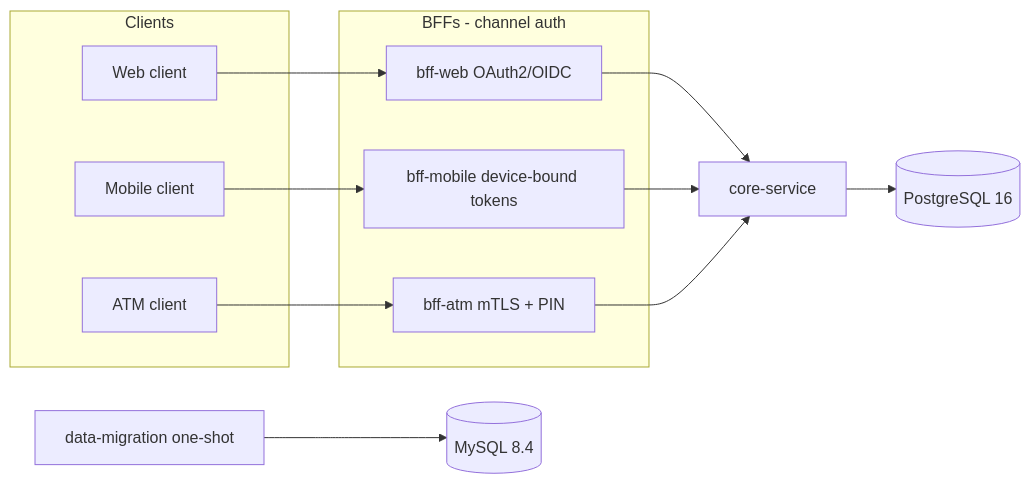
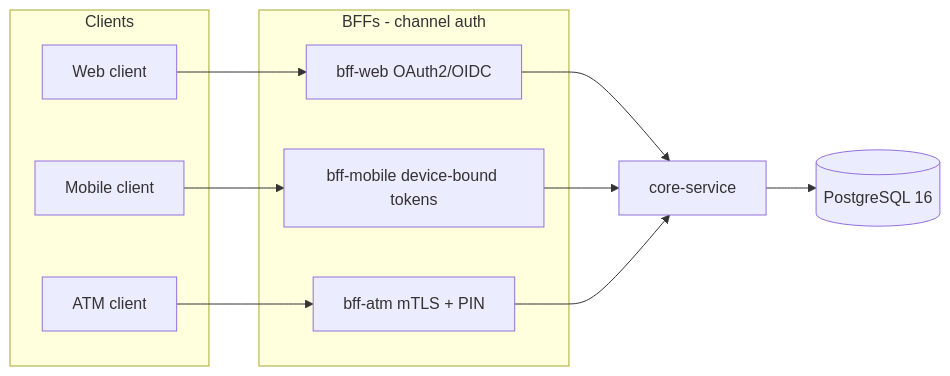
Before and after one commit to L0ncho/xyz_bank_server: the second of 2 diagrams in docs/architecture.md, drawn with Mermaid. The commit also changed other lines of this file and 57 other files, not shown here.

````diff
--- a/docs/architecture.md
+++ b/docs/architecture.md
@@ -42,28 +39,25 @@
 ```mermaid
 flowchart LR
   subgraph clients [Clients]
     WebClient[Web client]
     MobileClient[Mobile client]
     AtmClient[ATM client]
   end
 
   subgraph bffs [BFFs - channel auth]
     BffWeb[bff-web OAuth2/OIDC]
     BffMobile[bff-mobile device-bound tokens]
     BffAtm[bff-atm mTLS + PIN]
   end
 
   CoreService[core-service]
   Postgres[(PostgreSQL 16)]
-  MySQL[(MySQL 8.4)]
-  Migration[data-migration one-shot]
 
   WebClient --> BffWeb
   MobileClient --> BffMobile
   AtmClient --> BffAtm
   BffWeb --> CoreService
   BffMobile --> CoreService
   BffAtm --> CoreService
   CoreService --> Postgres
-  Migration --> MySQL
 ```
````
